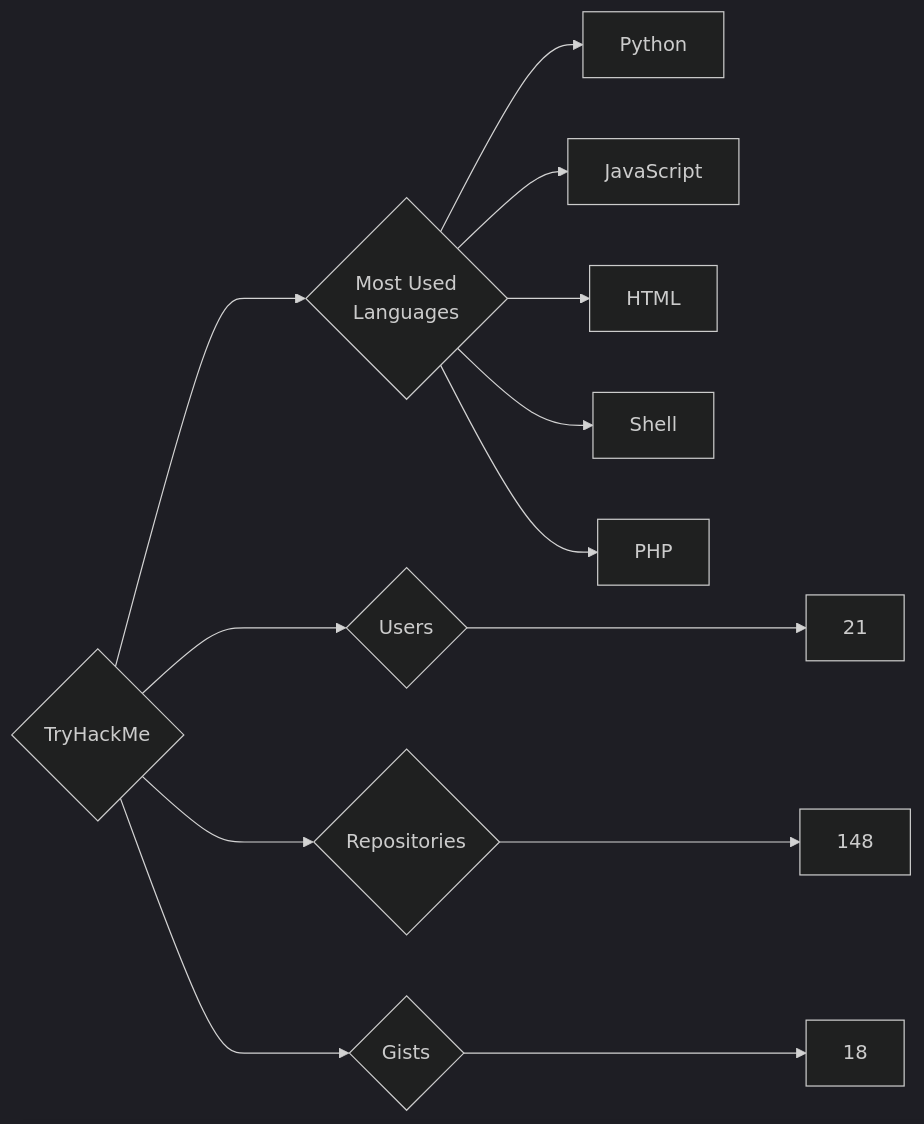
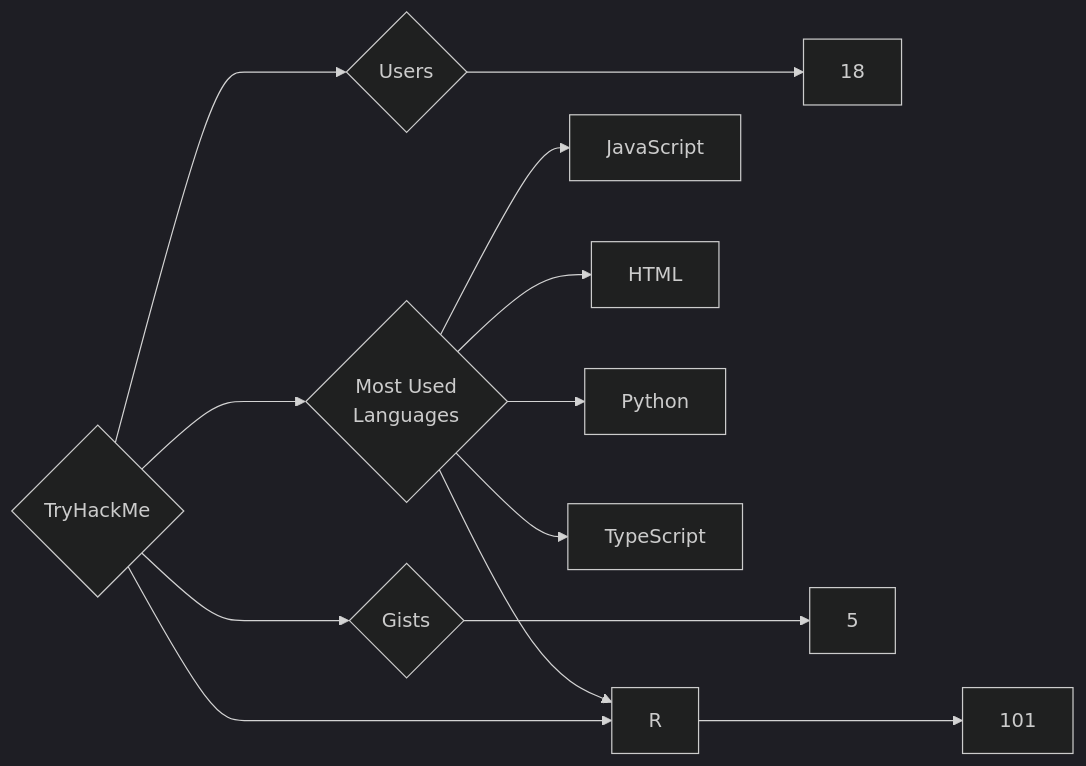
One commit to trickest/insiders changed the diagram in targets/TryHackMe/README.md. Above: the diagram before and after it, drawn with Mermaid (dark theme). The commit also changed 965 other files, not shown here.

````diff
--- a/targets/TryHackMe/README.md
+++ b/targets/TryHackMe/README.md
@@ -3,13 +3,13 @@
 ```mermaid
 graph LR
 COMPANY_NAME{TryHackMe}
-COMPANY_NAME ---> U{Users} ---> UN[21]
-COMPANY_NAME ---> R{Repositories} ---> RN[148]
-COMPANY_NAME ---> G{Gists} ---> GN[18]
+COMPANY_NAME ---> U{Users} ---> UN[18]
+COMPANY_NAME ---> R{Repositories} ---> RN[101]
+COMPANY_NAME ---> G{Gists} ---> GN[5]
 COMPANY_NAME ---> ML{Most Used<br>Languages}
-ML --> Python[Python]
 ML --> JavaScript[JavaScript]
 ML --> HTML[HTML]
-ML --> Shell[Shell]
-ML --> PHP[PHP]
+ML --> Python[Python]
+ML --> TypeScript[TypeScript]
+ML --> R[R]
 ```
````
